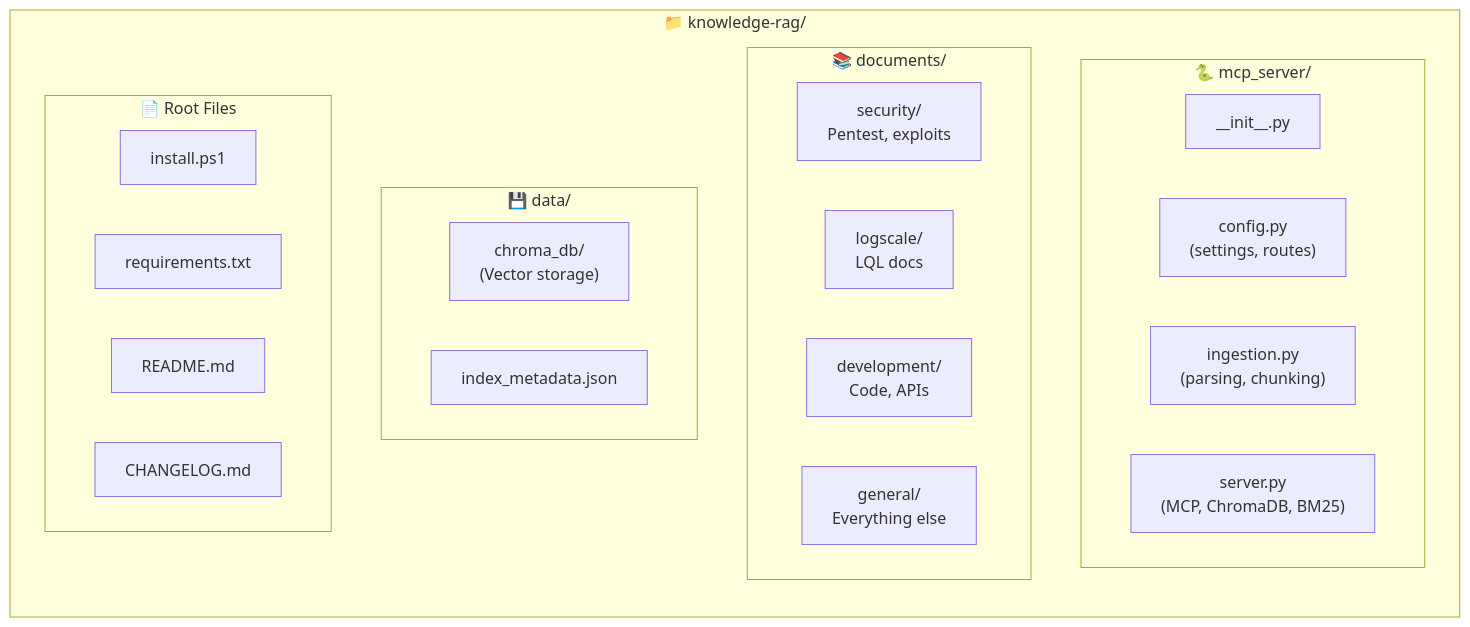
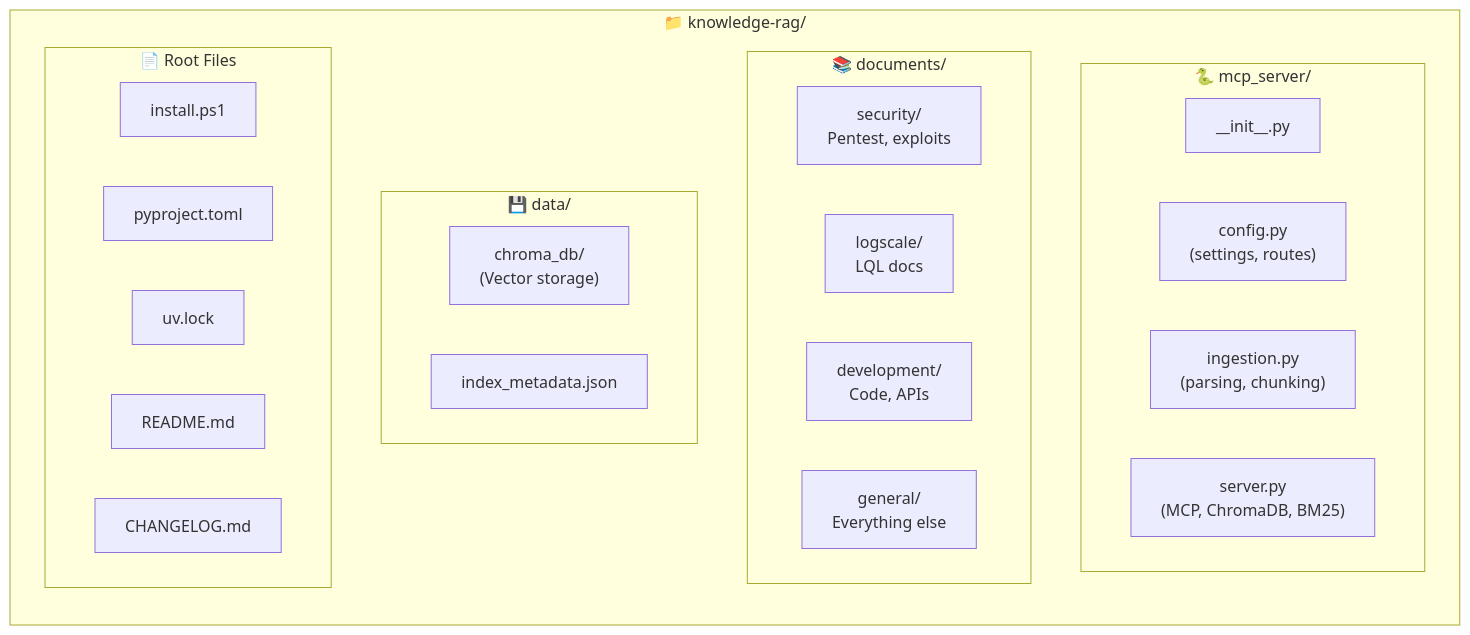
Before and after one commit to lyonzin/knowledge-rag: the sixth of 6 diagrams in README.md, drawn with Mermaid. The commit also changed other lines of this file and 6 other files, not shown here.

````diff
--- a/README.md
+++ b/README.md
@@ -564,32 +561,33 @@
 ```mermaid
 flowchart TB
     subgraph ROOT["📁 knowledge-rag/"]
         direction TB
 
         subgraph SERVER["🐍 mcp_server/"]
             INIT["__init__.py"]
             CONFIG["config.py<br/>(settings, routes)"]
             INGEST["ingestion.py<br/>(parsing, chunking)"]
             SERV["server.py<br/>(MCP, ChromaDB, BM25)"]
         end
 
         subgraph DOCS["📚 documents/"]
             SEC["security/<br/>Pentest, exploits"]
             LOG["logscale/<br/>LQL docs"]
             DEV["development/<br/>Code, APIs"]
             GEN["general/<br/>Everything else"]
         end
 
         subgraph DATA["💾 data/"]
             CHROMA["chroma_db/<br/>(Vector storage)"]
             META["index_metadata.json"]
         end
 
         subgraph FILES["📄 Root Files"]
             INSTALL["install.ps1"]
-            REQS["requirements.txt"]
+            PYPROJECT["pyproject.toml"]
+            UVLOCK["uv.lock"]
             README["README.md"]
             CHANGE["CHANGELOG.md"]
         end
     end
 ```
````
